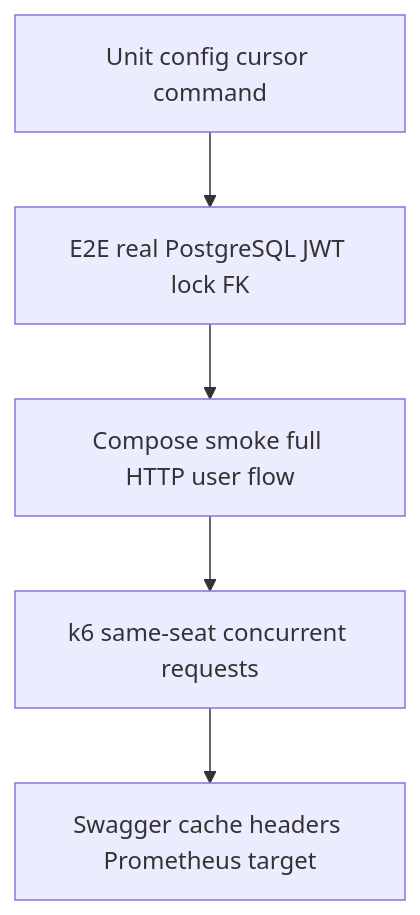
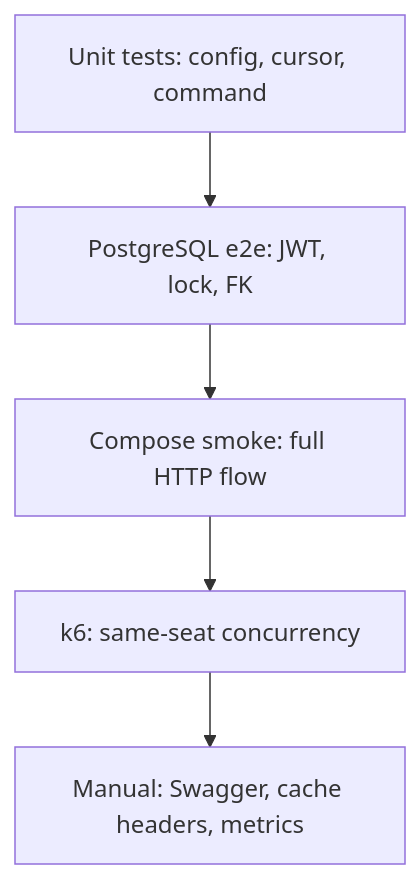
Before and after one commit to kyoooooong/reservation_system: the fourth of 4 diagrams in README.md, drawn with Mermaid. The commit also changed other lines of this file and 2 other files, not shown here.

Commit message:
docs: README 근거와 다이어그램 개선

````diff
--- a/README.md
+++ b/README.md
@@ -451,7 +462,7 @@
 ```mermaid
 flowchart TD
-    Unit[Unit config cursor command] --> E2E[E2E real PostgreSQL JWT lock FK]
-    E2E --> Smoke[Compose smoke full HTTP user flow]
-    Smoke --> K6[k6 same-seat concurrent requests]
-    K6 --> Manual[Swagger cache headers Prometheus target]
+    unit["Unit tests: config, cursor, command"] --> e2e["PostgreSQL e2e: JWT, lock, FK"]
+    e2e --> smoke["Compose smoke: full HTTP flow"]
+    smoke --> k6["k6: same-seat concurrency"]
+    k6 --> manual["Manual: Swagger, cache headers, metrics"]
 ```
````
